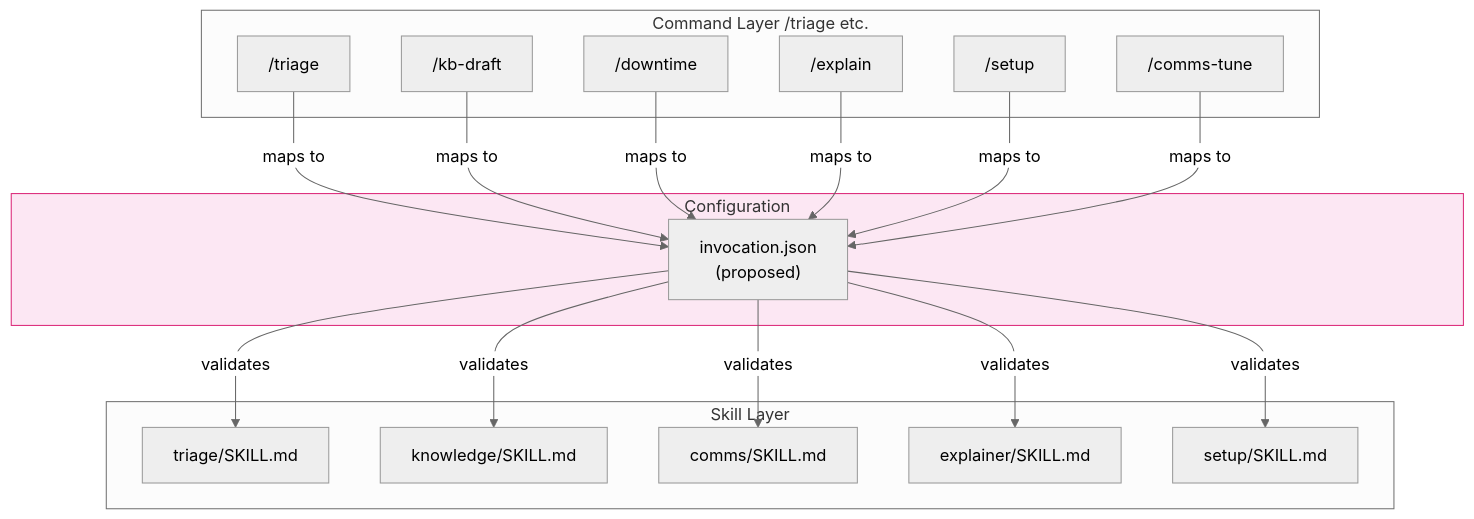
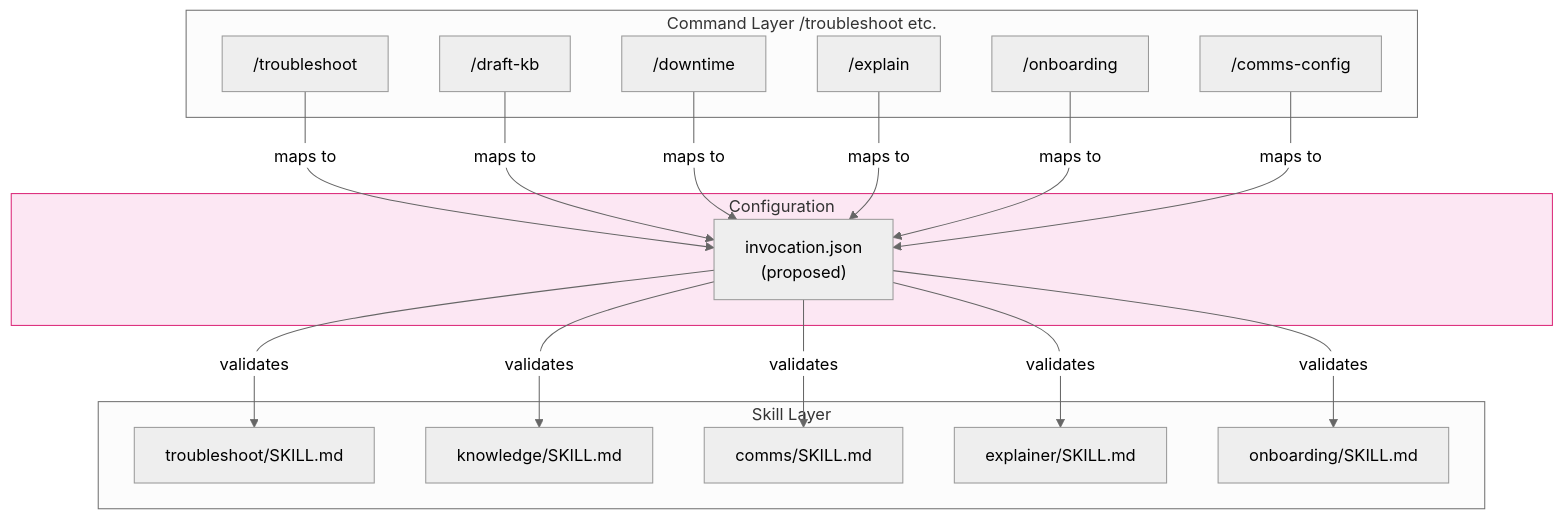
Before and after one commit to b08x/ris-assist: the third of 3 diagrams in docs/CODEBASE-MAP.md, drawn with Mermaid (neutral theme). The commit also changed other lines of this file and 41 other files, not shown here.

First line of the commit message:
rename: /setup, /triage, /kb-draft, /comms-tune -> /onboarding, /troubleshoot, /draft-kb, /comms-config

````diff
--- a/docs/CODEBASE-MAP.md
+++ b/docs/CODEBASE-MAP.md
@@ -314,38 +316,38 @@
 ```mermaid
 flowchart TD
-    subgraph Commands["Command Layer /triage etc."]
-        c1["/triage"]
-        c2["/kb-draft"]
+    subgraph Commands["Command Layer /troubleshoot etc."]
+        c1["/troubleshoot"]
+        c2["/draft-kb"]
         c3["/downtime"]
         c4["/explain"]
-        c5["/setup"]
-        c6["/comms-tune"]
+        c5["/onboarding"]
+        c6["/comms-config"]
     end
     
     subgraph Skills["Skill Layer"]
-        s1["triage/SKILL.md"]
+        s1["troubleshoot/SKILL.md"]
         s2["knowledge/SKILL.md"]
         s3["comms/SKILL.md"]
         s4["explainer/SKILL.md"]
-        s5["setup/SKILL.md"]
+        s5["onboarding/SKILL.md"]
     end
     
     subgraph Config["Configuration"]
         inv["invocation.json\n(proposed)"]
     end
     
     c1 -->|maps to| inv
     c2 -->|maps to| inv
     c3 -->|maps to| inv
     c4 -->|maps to| inv
     c5 -->|maps to| inv
     c6 -->|maps to| inv
     
     inv -->|validates| s1
     inv -->|validates| s2
     inv -->|validates| s3
     inv -->|validates| s4
     inv -->|validates| s5
     
     style Config fill:#fce7f3,stroke:#db2777
 ```
````
